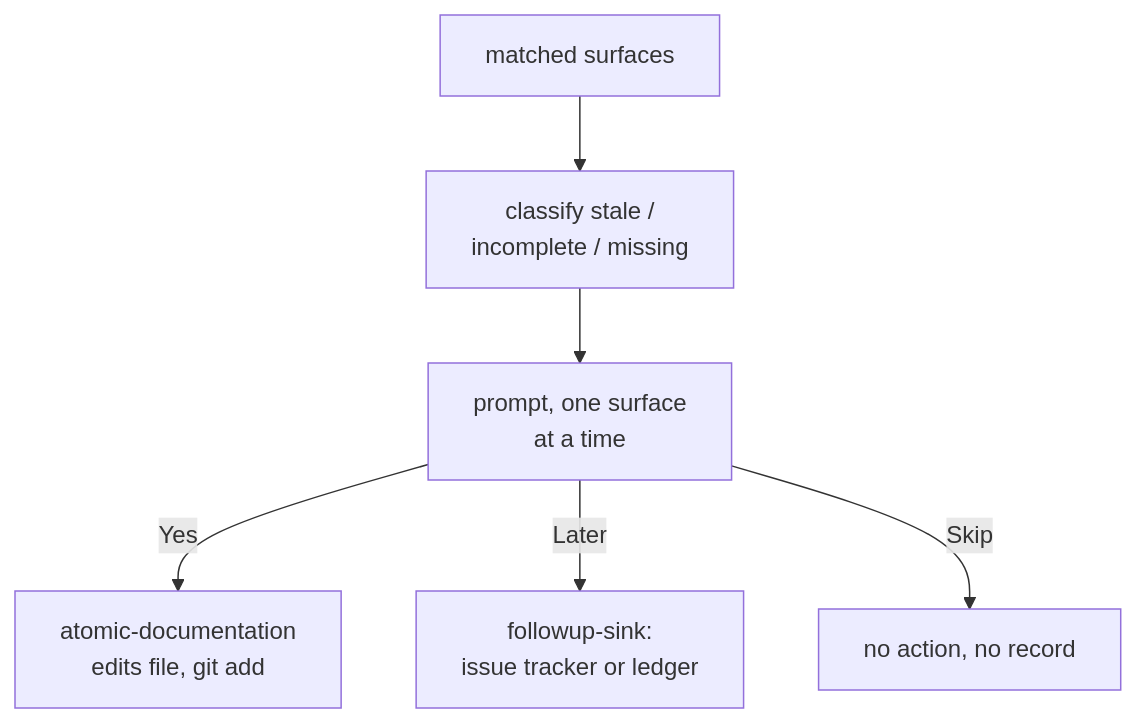
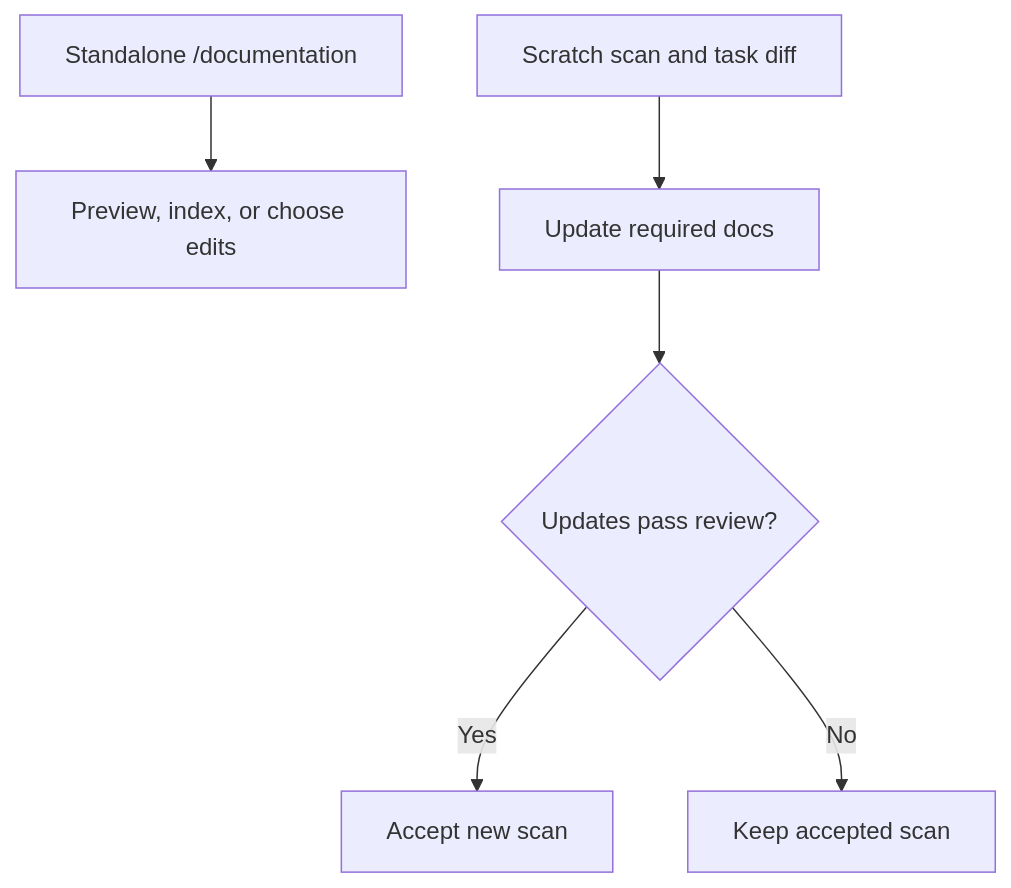
Before and after one commit to damusix/atomic-claude: the first of 2 diagrams in docs/wiki/docs-meta.md, drawn with Mermaid. The commit also changed other lines of this file and 203 other files, not shown here.

````diff
--- a/docs/wiki/docs-meta.md
+++ b/docs/wiki/docs-meta.md
@@ -79,8 +62,8 @@
 ```mermaid
 flowchart TD
-    M["matched surfaces"] --> C["classify stale /<br/>incomplete / missing"]
-    C --> P["prompt, one surface<br/>at a time"]
-    P -->|Yes| E["atomic-documentation<br/>edits file, git add"]
-    P -->|Later| F["followup-sink:<br/>issue tracker or ledger"]
-    P -->|Skip| N["no action, no record"]
+    A["Standalone /documentation"] --> P["Preview, index, or choose edits"]
+    B["Scratch scan and task diff"] --> M["Update required docs"]
+    M --> R{"Updates pass review?"}
+    R -->|Yes| S["Accept new scan"]
+    R -->|No| K["Keep accepted scan"]
 ```
````
